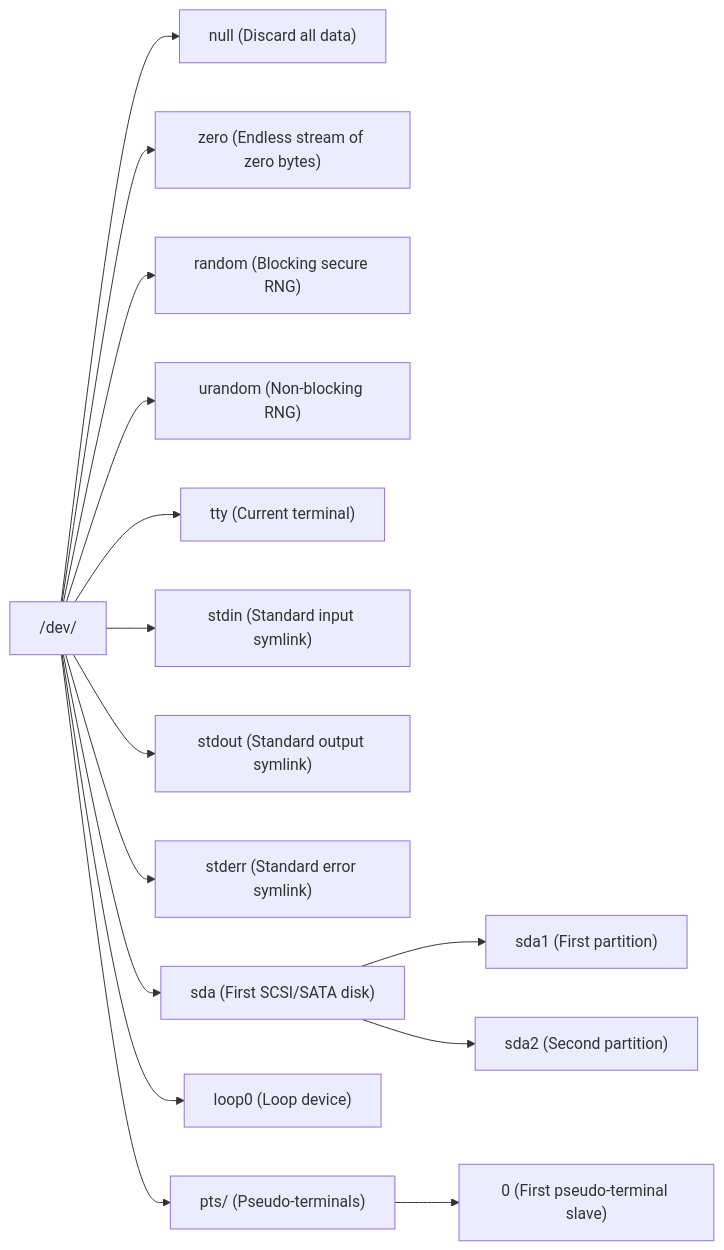
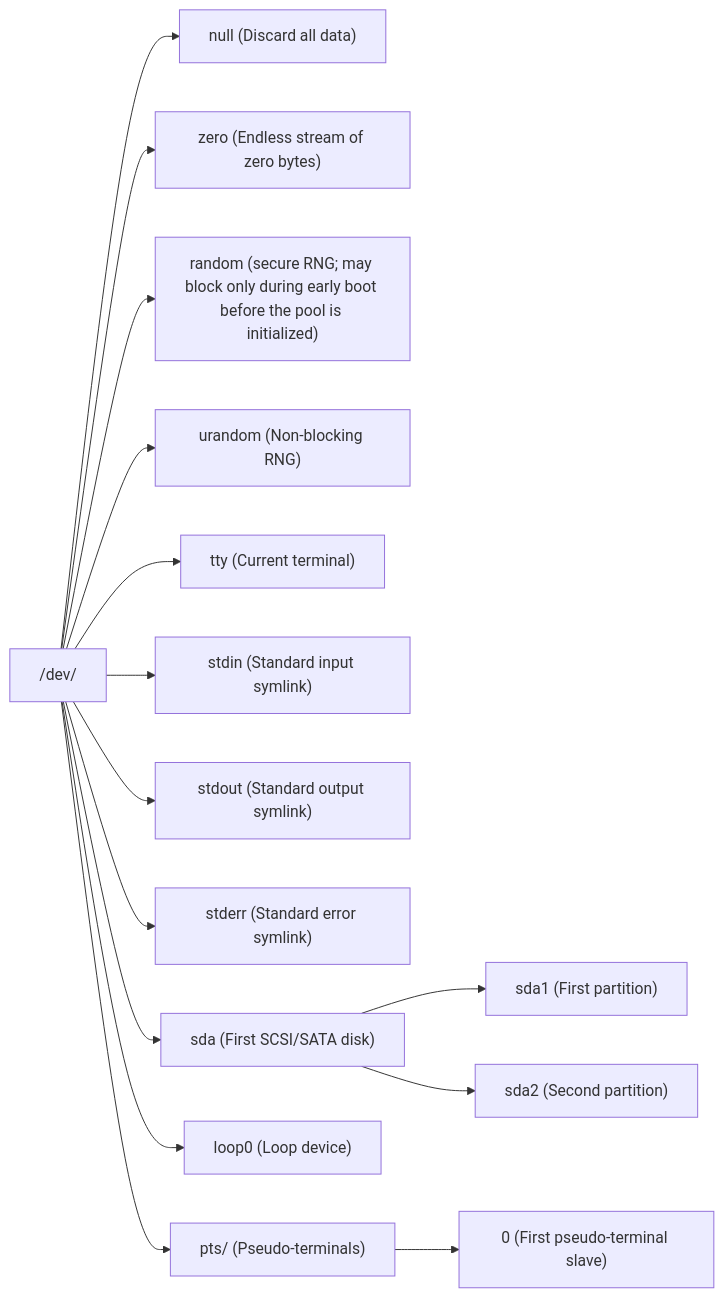
Before and after one commit to kube-dojo/kube-dojo: the sixth of 10 diagrams in src/content/docs/linux/foundations/system-essentials/module-1.3-filesystem-hierarchy.md, drawn with Mermaid. The commit also changed other lines of this file, not shown here.

Commit message:
chore(content): linux system-essentials 1.3 — R1 review fixes (reversed K8s log paths, hypothetical framing, dd comment, /dev/random + FHS accuracy)

````diff
--- a/src/content/docs/linux/foundations/system-essentials/module-1.3-filesystem-hierarchy.md
+++ b/src/content/docs/linux/foundations/system-essentials/module-1.3-filesystem-hierarchy.md
@@ -241,17 +241,17 @@
 ```mermaid
 graph LR
     dev["/dev/"] --> null_dev["null (Discard all data)"]
     dev --> zero["zero (Endless stream of zero bytes)"]
-    dev --> random["random (Blocking secure RNG)"]
+    dev --> random["random (secure RNG; may block only during early boot before the pool is initialized)"]
     dev --> urandom["urandom (Non-blocking RNG)"]
     dev --> tty["tty (Current terminal)"]
     dev --> stdin["stdin (Standard input symlink)"]
     dev --> stdout["stdout (Standard output symlink)"]
     dev --> stderr["stderr (Standard error symlink)"]
     dev --> sda["sda (First SCSI/SATA disk)"]
     sda --> sda1["sda1 (First partition)"]
     sda --> sda2["sda2 (Second partition)"]
     dev --> loop0["loop0 (Loop device)"]
     dev --> pts["pts/ (Pseudo-terminals)"]
     pts --> pts0["0 (First pseudo-terminal slave)"]
 ```
````
